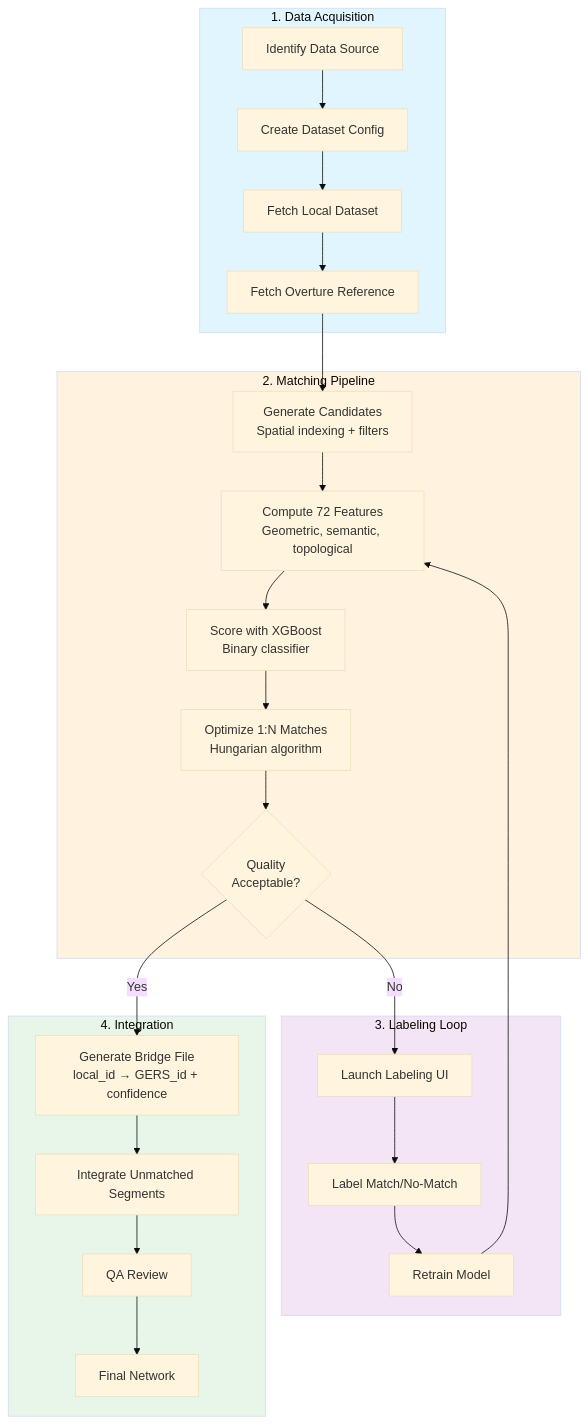
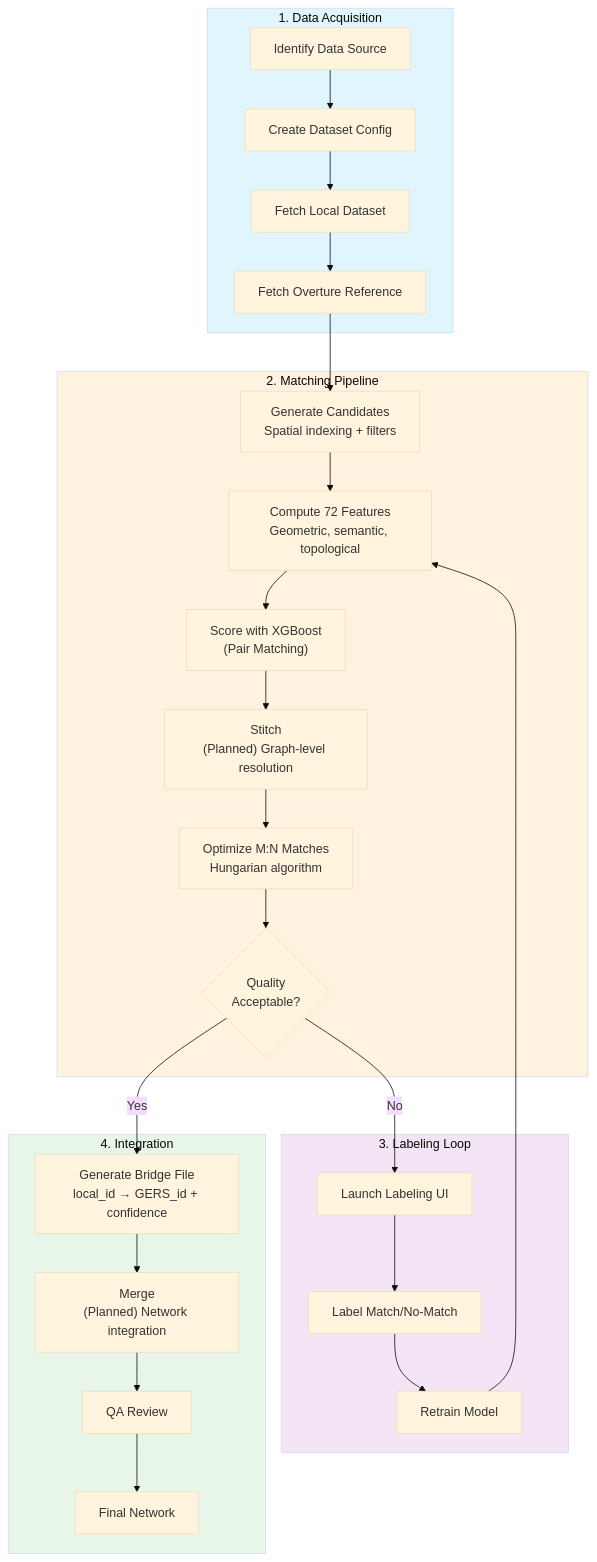
One commit to brad-richardson/crosswalk changed the diagram in README.md. Above: the diagram before and after it, drawn with Mermaid (base theme). The commit also changed other lines of this file and 7 other files, not shown here.

First line of the commit message:
Restructure docs around match → stitch → merge pipeline (#202)

````diff
--- a/README.md
+++ b/README.md
@@ -61,35 +70,36 @@
 ```mermaid
 flowchart TB
     subgraph Data["1. Data Acquisition"]
         A[Identify Data Source] --> B[Create Dataset Config]
         B --> C[Fetch Local Dataset]
         C --> D[Fetch Overture Reference]
     end
 
     subgraph Match["2. Matching Pipeline"]
         D --> E[Generate Candidates<br/>Spatial indexing + filters]
         E --> F[Compute 72 Features<br/>Geometric, semantic, topological]
-        F --> G[Score with XGBoost<br/>Binary classifier]
-        G --> H[Optimize 1:N Matches<br/>Hungarian algorithm]
-        H --> I{Quality<br/>Acceptable?}
+        F --> G["Score with XGBoost<br/>(Pair Matching)"]
+        G --> H["Stitch<br/>(Planned) Graph-level resolution"]
+        H --> I[Optimize M:N Matches<br/>Hungarian algorithm]
+        I --> J{Quality<br/>Acceptable?}
     end
 
     subgraph Label["3. Labeling Loop"]
-        I -->|No| J[Launch Labeling UI]
-        J --> K[Label Match/No-Match]
-        K --> L[Retrain Model]
-        L --> F
+        J -->|No| K[Launch Labeling UI]
+        K --> L[Label Match/No-Match]
+        L --> M[Retrain Model]
+        M --> F
     end
 
     subgraph Output["4. Integration"]
-        I -->|Yes| M[Generate Bridge File<br/>local_id → GERS_id + confidence]
-        M --> N[Integrate Unmatched Segments]
-        N --> O[QA Review]
-        O --> P[Final Network]
+        J -->|Yes| N[Generate Bridge File<br/>local_id → GERS_id + confidence]
+        N --> O["Merge<br/>(Planned) Network integration"]
+        O --> P[QA Review]
+        P --> Q[Final Network]
     end
 
     style Data fill:#e1f5fe
     style Match fill:#fff3e0
     style Label fill:#f3e5f5
     style Output fill:#e8f5e9
 ```
````
